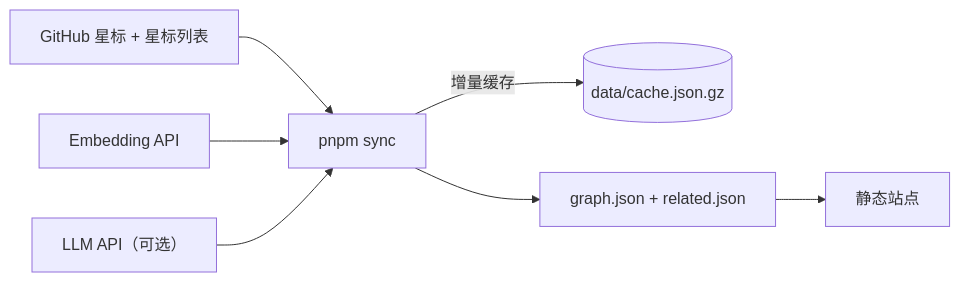
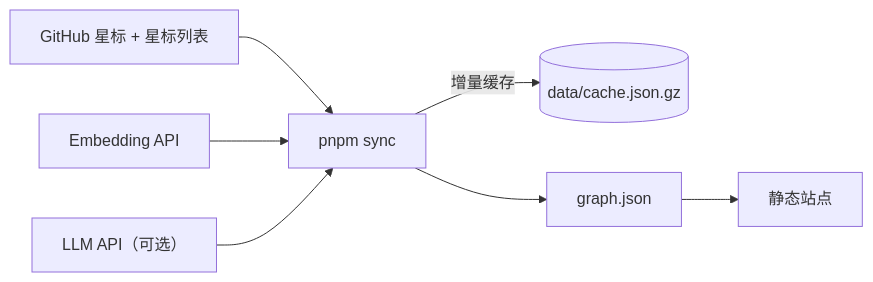
The diagram in README.zh.md (Tendo33/MyNebula), drawn with Mermaid before and after one commit. The commit also changed other lines of this file and 16 other files, not shown here.

First line of the commit message:
Show graph links as similar repos and focus selection on them

````diff
--- a/README.zh.md
+++ b/README.zh.md
@@ -41,9 +41,9 @@
 ```mermaid
 flowchart LR
     GH["GitHub 星标 + 星标列表"] --> S["pnpm sync"]
     E["Embedding API"] --> S
     L["LLM API（可选）"] --> S
     S -->|增量缓存| C[("data/cache.json.gz")]
-    S --> J["graph.json + related.json"]
+    S --> J["graph.json"]
     J --> W["静态站点"]
 ```
````
